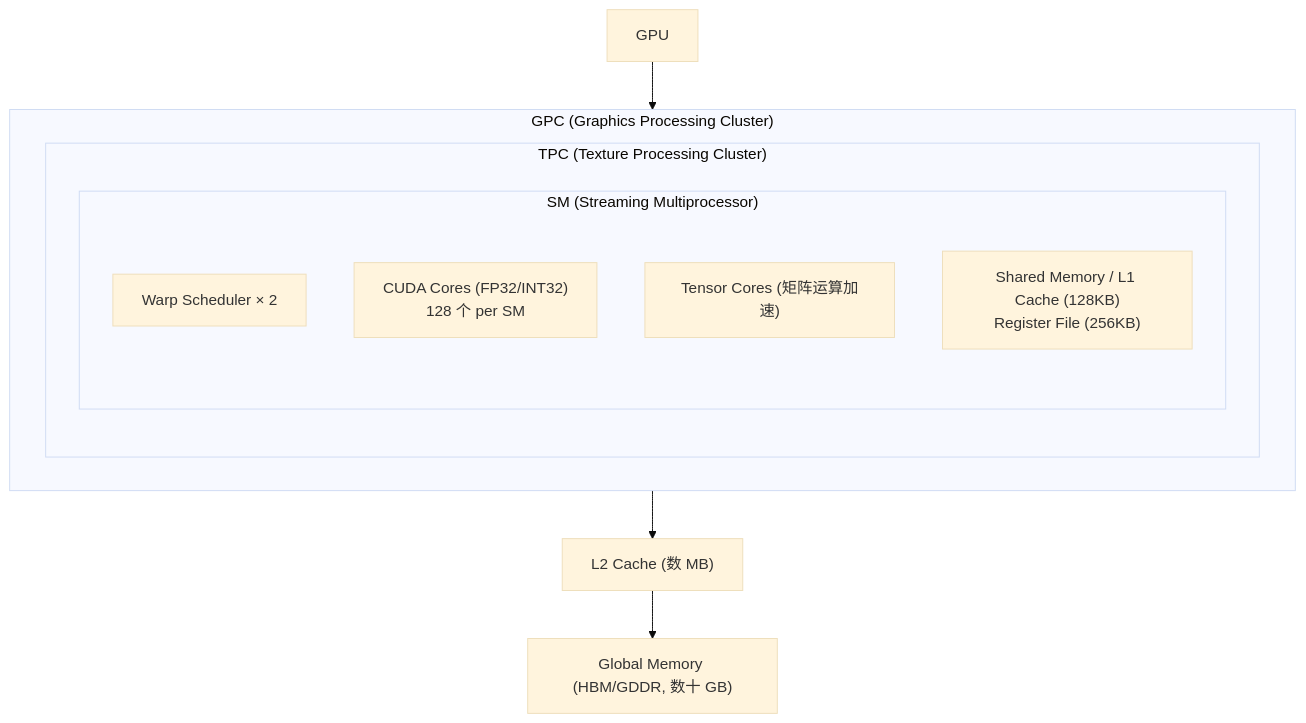
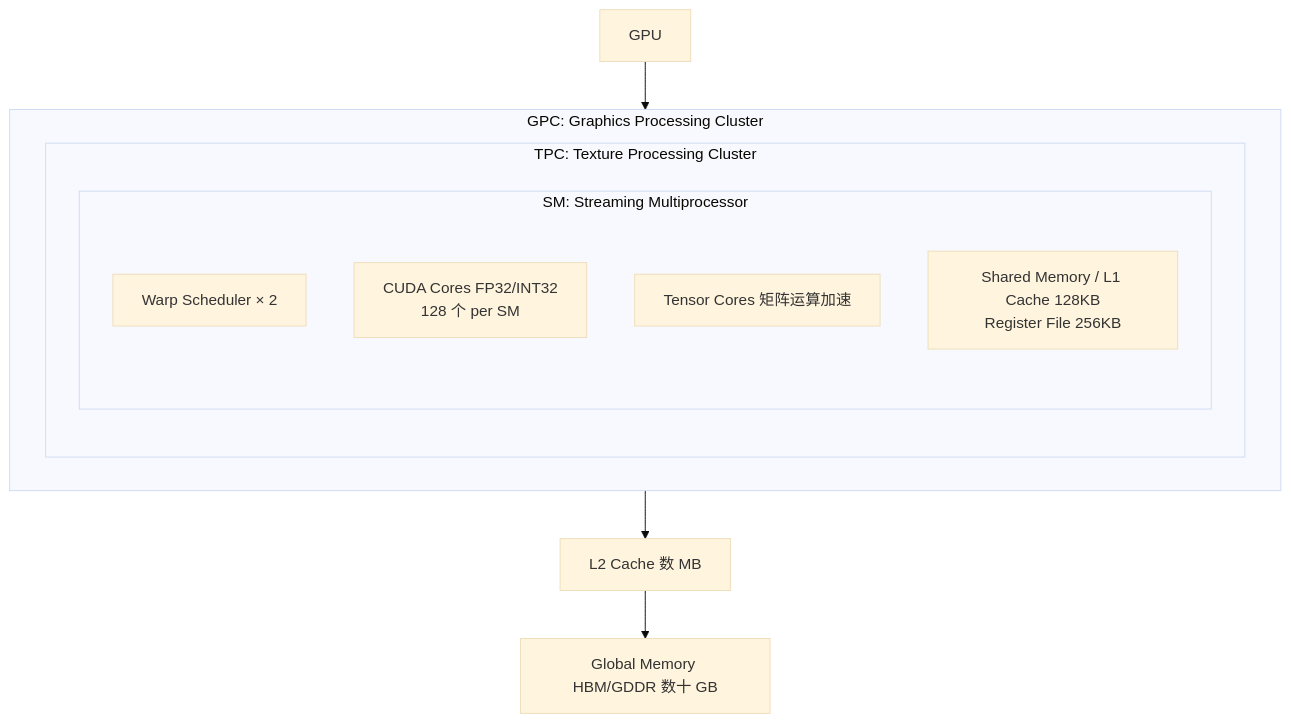
Before and after one commit to jpixy/jpixy.github.io: the second of 3 diagrams in content/articles/ai/ai-21-CUDA入门与GPU编程基础.md, drawn with Mermaid (base theme). The commit also changed other lines of this file and 66 other files, not shown here.

Commit message:
fix: resolve Mermaid syntax errors by removing parentheses in node labels

````diff
--- a/content/articles/ai/ai-21-CUDA入门与GPU编程基础.md
+++ b/content/articles/ai/ai-21-CUDA入门与GPU编程基础.md
@@ -81,20 +81,20 @@
 ```mermaid
 graph TB
     GPU["GPU"]
     
-    subgraph GPC["GPC (Graphics Processing Cluster)"]
-        subgraph TPC["TPC (Texture Processing Cluster)"]
-            subgraph SM["SM (Streaming Multiprocessor)"]
+    subgraph GPC["GPC: Graphics Processing Cluster"]
+        subgraph TPC["TPC: Texture Processing Cluster"]
+            subgraph SM["SM: Streaming Multiprocessor"]
                 WS["Warp Scheduler × 2"]
-                CUDA["CUDA Cores (FP32/INT32)<br/>128 个 per SM"]
-                TC["Tensor Cores (矩阵运算加速)"]
-                SMem["Shared Memory / L1 Cache (128KB)<br/>Register File (256KB)"]
+                CUDA["CUDA Cores FP32/INT32<br/>128 个 per SM"]
+                TC["Tensor Cores 矩阵运算加速"]
+                SMem["Shared Memory / L1 Cache 128KB<br/>Register File 256KB"]
             end
         end
     end
     
-    L2["L2 Cache (数 MB)"]
-    Global["Global Memory (HBM/GDDR, 数十 GB)"]
+    L2["L2 Cache 数 MB"]
+    Global["Global Memory HBM/GDDR 数十 GB"]
     
     GPU --> GPC --> L2 --> Global
 ```
````
